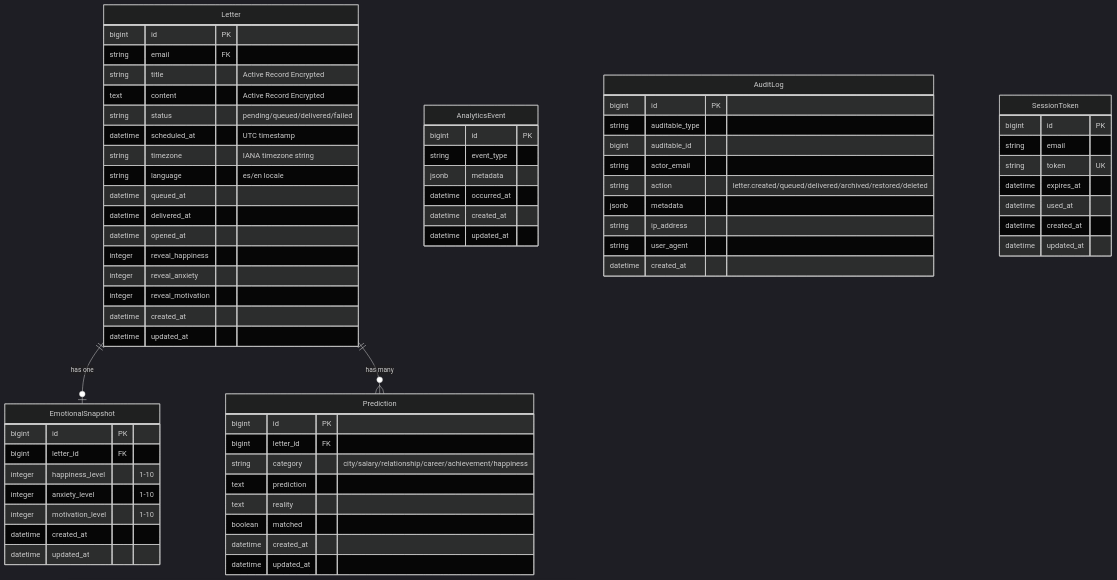
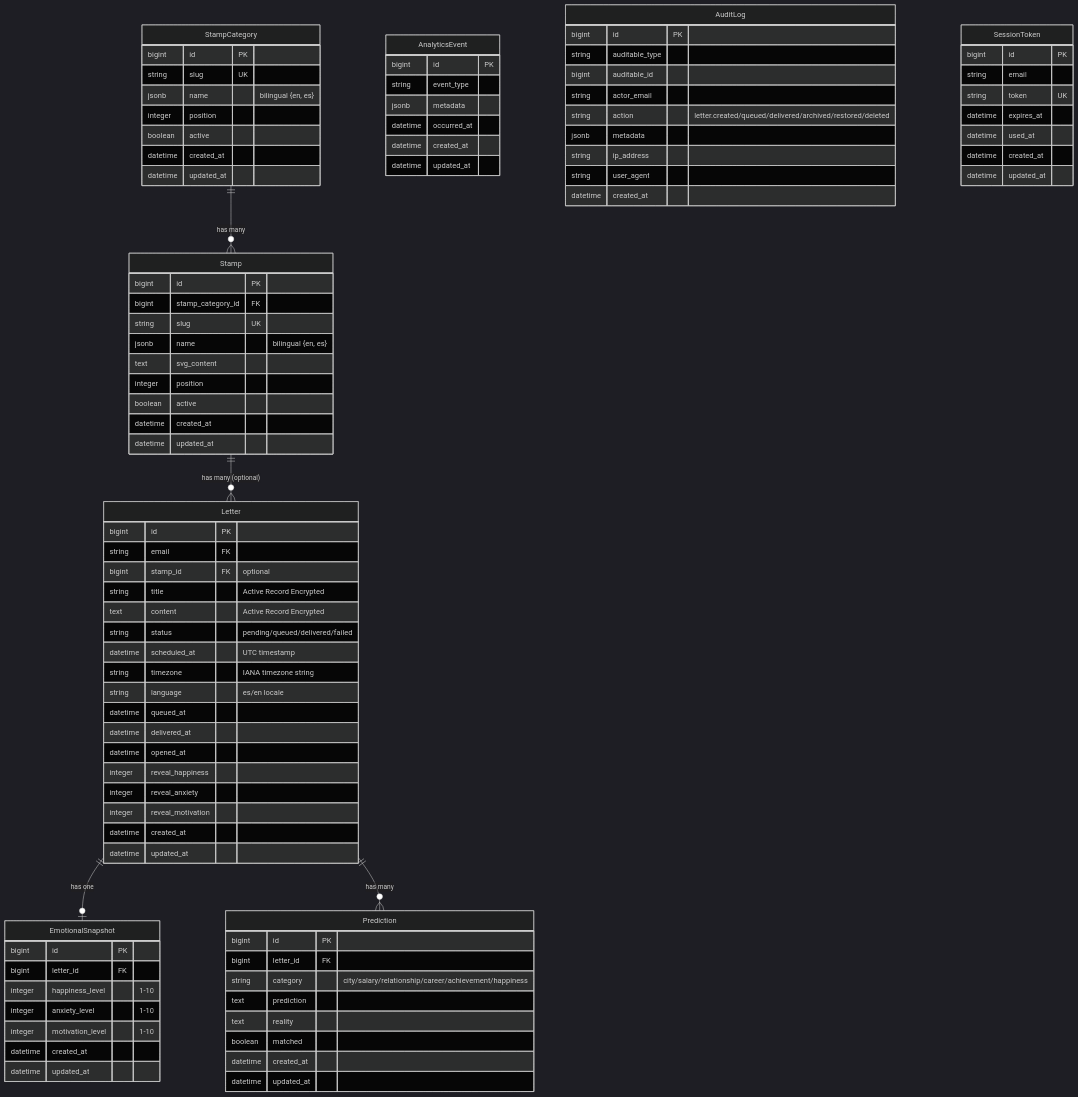
The third of 5 diagrams in docs/architecture.md (time-echo/time_echo), drawn with Mermaid (dark theme) before and after one commit. The commit also changed other lines of this file and 2 other files, not shown here.

Commit message:
docs: update README and architecture docs and remove deprecated UI/UX

````diff
--- a/docs/architecture.md
+++ b/docs/architecture.md
@@ -175,6 +178,7 @@
     Letter {
         bigint id PK
         string email FK
+        bigint stamp_id FK "optional"
         string title "Active Record Encrypted"
         text content "Active Record Encrypted"
         string status "pending/queued/delivered/failed"
@@ -187,6 +191,28 @@
         integer reveal_happiness
         integer reveal_anxiety
         integer reveal_motivation
+        datetime created_at
+        datetime updated_at
+    }
+
+    StampCategory {
+        bigint id PK
+        string slug UK
+        jsonb name "bilingual {en, es}"
+        integer position
+        boolean active
+        datetime created_at
+        datetime updated_at
+    }
+
+    Stamp {
+        bigint id PK
+        bigint stamp_category_id FK
+        string slug UK
+        jsonb name "bilingual {en, es}"
+        text svg_content
+        integer position
+        boolean active
         datetime created_at
         datetime updated_at
     }
@@ -245,4 +271,6 @@
 
     Letter ||--o| EmotionalSnapshot : "has one"
     Letter ||--o{ Prediction : "has many"
+    StampCategory ||--o{ Stamp : "has many"
+    Stamp ||--o{ Letter : "has many (optional)"
 ```
````
